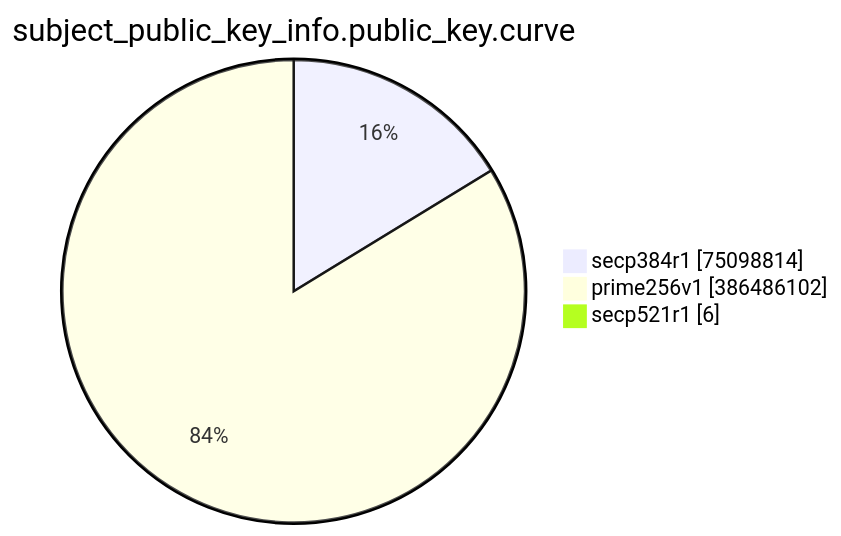
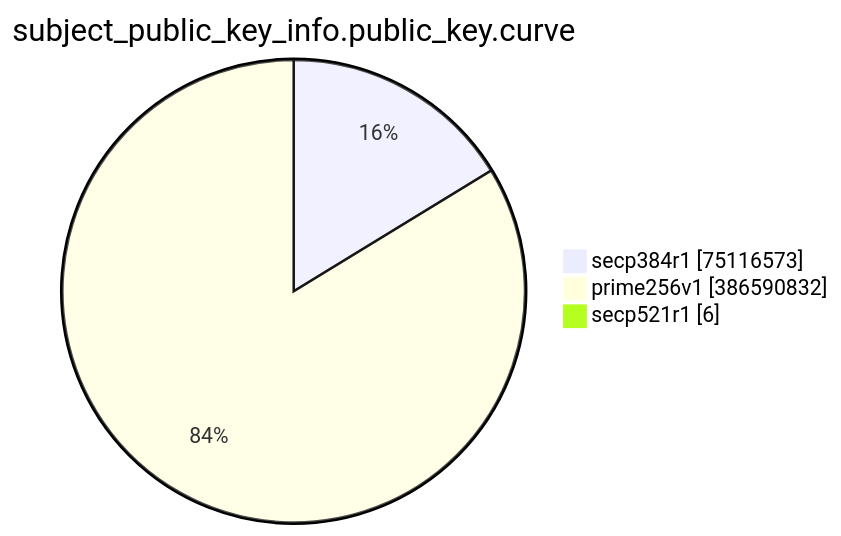
Before and after one commit to christiankrug/ctmonitor_visualization: the eighth of 15 diagrams in TOTAL/README.md, drawn with Mermaid. The commit also changed other lines of this file, not shown here.

````diff
--- a/TOTAL/README.md
+++ b/TOTAL/README.md
@@ -3094,7 +3094,7 @@
 ```mermaid
 pie showData
 title subject_public_key_info.public_key.curve
-"secp384r1" :75098814
-"prime256v1" :386486102
+"secp384r1" :75116573
+"prime256v1" :386590832
 "secp521r1" :6
 ```
````
